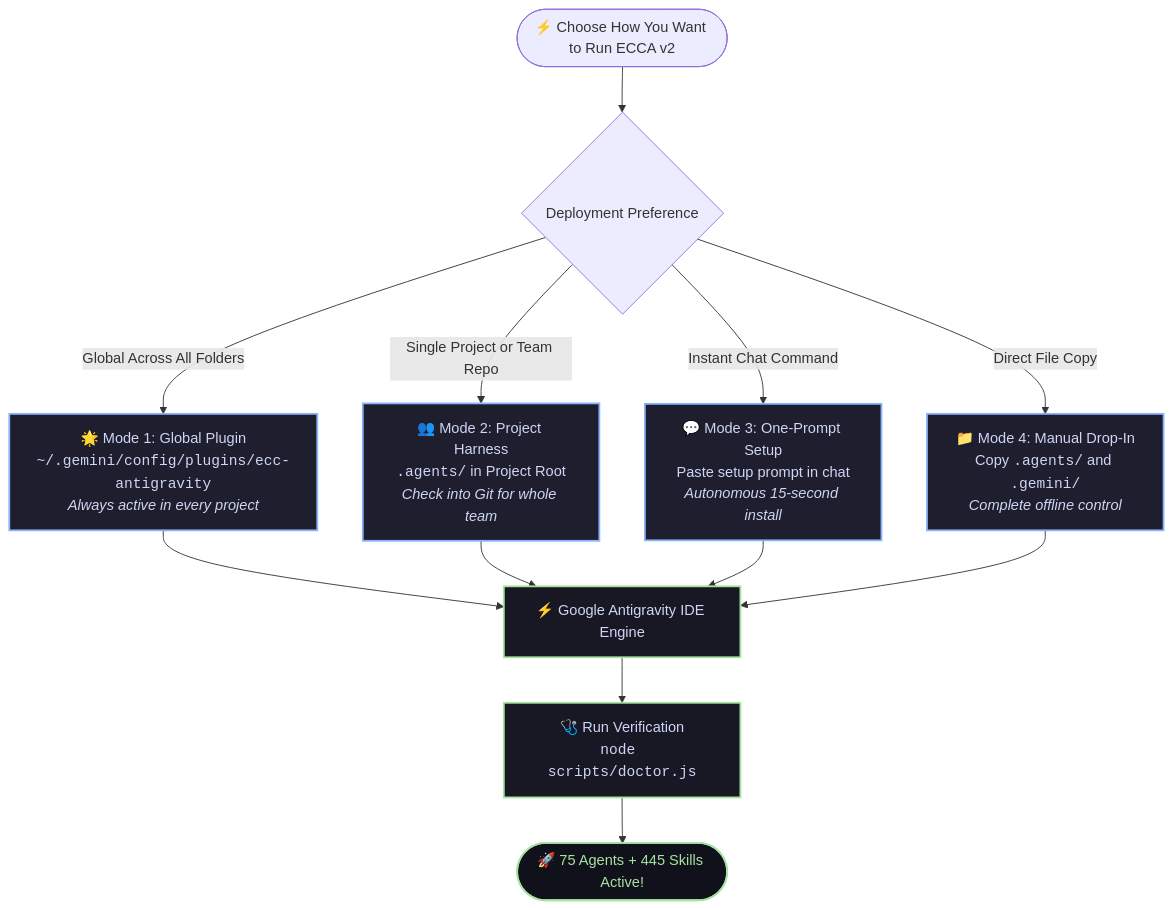
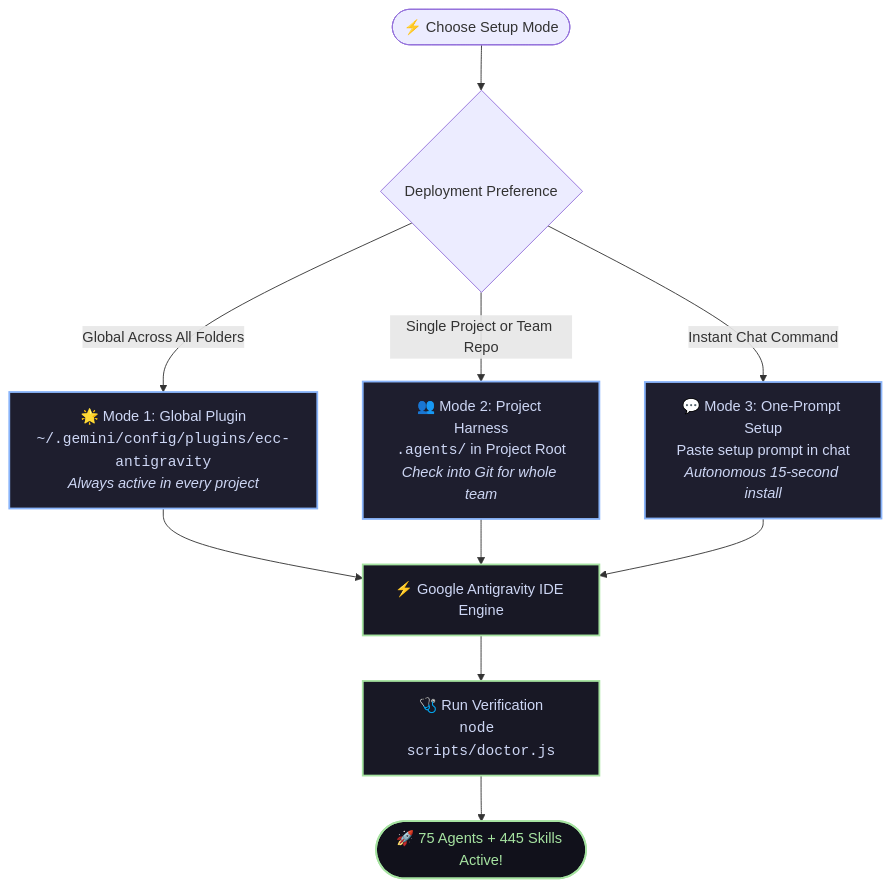
One commit to Omkarop0808/ECCAV2-antigravity changed the first of 4 diagrams in README.md. Above: the diagram before and after it, drawn with Mermaid. The commit also changed other lines of this file, not shown here.

Commit message:
docs: streamline README into a high-impact, scannable architecture overview

````diff
--- a/README.md
+++ b/README.md
@@ -66,20 +38,19 @@
 ```mermaid
 flowchart TD
-    Start([⚡ Choose How You Want to Run ECCA v2]) --> Pathways{Deployment Preference}
+    Start([⚡ Choose Setup Mode]) --> Pathways{Deployment Preference}
     
     Pathways -->|Global Across All Folders| M1["🌟 Mode 1: Global Plugin<br/><code>~/.gemini/config/plugins/ecc-antigravity</code><br/><i>Always active in every project</i>"]
     Pathways -->|Single Project or Team Repo| M2["👥 Mode 2: Project Harness<br/><code>.agents/</code> in Project Root<br/><i>Check into Git for whole team</i>"]
     Pathways -->|Instant Chat Command| M3["💬 Mode 3: One-Prompt Setup<br/>Paste setup prompt in chat<br/><i>Autonomous 15-second install</i>"]
-    Pathways -->|Direct File Copy| M4["📁 Mode 4: Manual Drop-In<br/>Copy <code>.agents/</code> and <code>.gemini/</code><br/><i>Complete offline control</i>"]
     
-    M1 & M2 & M3 & M4 --> Engine[⚡ Google Antigravity IDE Engine]
+    M1 & M2 & M3 --> Engine[⚡ Google Antigravity IDE Engine]
     Engine --> Doctor["🩺 Run Verification<br/><code>node scripts/doctor.js</code>"]
     Doctor --> Success([🚀 75 Agents + 445 Skills Active!])
     
     classDef path fill:#1e1e2e,stroke:#89b4fa,stroke-width:2px,color:#cdd6f4;
     classDef engine fill:#181825,stroke:#a6e3a1,stroke-width:2px,color:#cdd6f4;
     classDef success fill:#11111b,stroke:#a6e3a1,stroke-width:2px,color:#a6e3a1;
-    class M1,M2,M3,M4 path;
+    class M1,M2,M3 path;
     class Engine,Doctor engine;
     class Success success;
 ```
````
